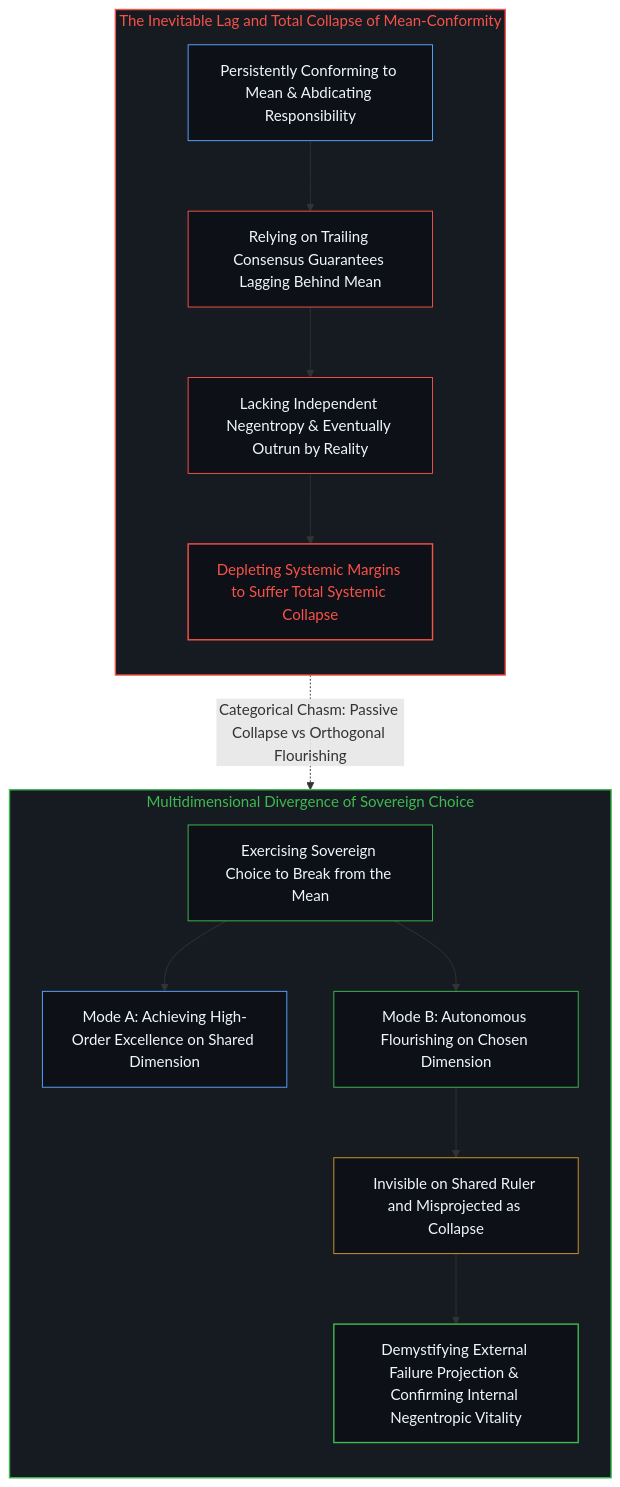
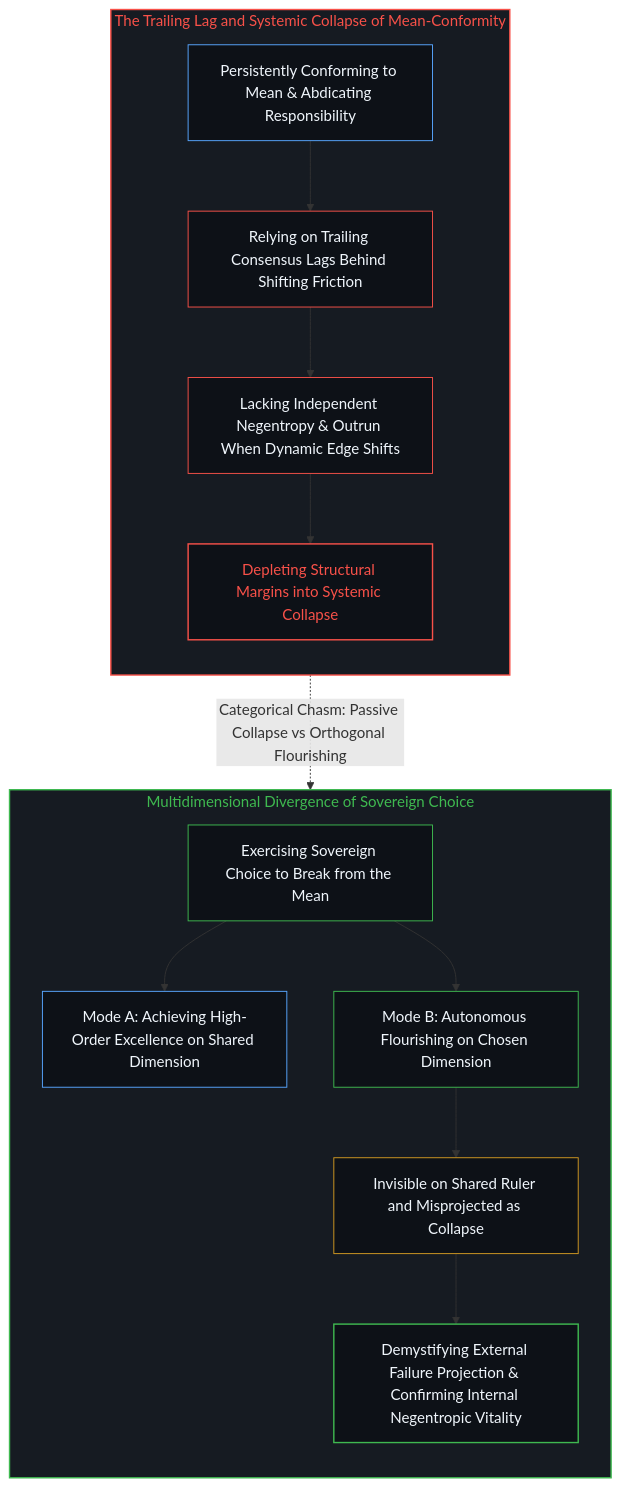
Before and after one commit to powerpig99/not-a-toe: the eighth of 10 diagrams in content/posts/the-explanatory-trap-of-the-ordinary-perspective.md, drawn with Mermaid. The commit also changed other lines of this file and 4 other files, not shown here.

````diff
--- a/content/posts/the-explanatory-trap-of-the-ordinary-perspective.md
+++ b/content/posts/the-explanatory-trap-of-the-ordinary-perspective.md
@@ -252,28 +248,28 @@
 ```mermaid
 flowchart TD
-    subgraph S_MeanConformity_EN ["The Inevitable Lag and Total Collapse of Mean-Conformity"]
+    subgraph S_MeanConformity_EN ["The Trailing Lag and Systemic Collapse of Mean-Conformity"]
         direction TB
-        CE_Conform["Persistently Conforming to Mean & Abdicating Responsibility"] --> CE_Lag["Relying on Trailing Consensus Guarantees Lagging Behind Mean"]
-        CE_Lag --> CE_Outrun["Lacking Independent Negentropy & Eventually Outrun by Reality"]
-        CE_Outrun --> CE_Collapse["Depleting Systemic Margins to Suffer Total Systemic Collapse"]
+        CE_Conform["Persistently Conforming to Mean & Abdicating Responsibility"] --> CE_Lag["Relying on Trailing Consensus Lags Behind Shifting Friction"]
+        CE_Lag --> CE_Outrun["Lacking Independent Negentropy & Outrun When Dynamic Edge Shifts"]
+        CE_Outrun --> CE_Collapse["Depleting Structural Margins into Systemic Collapse"]
     end
     subgraph S_SovereignBreak_EN ["Multidimensional Divergence of Sovereign Choice"]
         direction TB
         SE_Break["Exercising Sovereign Choice to Break from the Mean"] --> SE_Shared["Mode A: Achieving High-Order Excellence on Shared Dimension"]
         SE_Break --> SE_Orthogonal["Mode B: Autonomous Flourishing on Chosen Dimension"]
         SE_Orthogonal --> SE_Projection["Invisible on Shared Ruler and Misprojected as Collapse"]
         SE_Projection --> SE_Reality["Demystifying External Failure Projection & Confirming Internal Negentropic Vitality"]
     end
     CE_Collapse -.->|"Categorical Chasm: Passive Collapse vs Orthogonal Flourishing"| SE_Projection
     style S_MeanConformity_EN fill:#161b22,stroke:#f85149,stroke-width:1.5px,color:#f85149
     style S_SovereignBreak_EN fill:#161b22,stroke:#3fb950,stroke-width:1.5px,color:#3fb950
     style CE_Conform fill:#0d1117,stroke:#58a6ff,stroke-width:1px,color:#f0f6fc
     style CE_Lag fill:#0d1117,stroke:#f85149,stroke-width:1px,color:#f0f6fc
     style CE_Outrun fill:#0d1117,stroke:#f85149,stroke-width:1px,color:#f0f6fc
     style CE_Collapse fill:#0d1117,stroke:#f85149,stroke-width:1.5px,color:#f85149
     style SE_Break fill:#0d1117,stroke:#3fb950,stroke-width:1px,color:#f0f6fc
     style SE_Shared fill:#0d1117,stroke:#58a6ff,stroke-width:1px,color:#f0f6fc
     style SE_Orthogonal fill:#0d1117,stroke:#3fb950,stroke-width:1px,color:#f0f6fc
     style SE_Projection fill:#0d1117,stroke:#d29922,stroke-width:1px,color:#f0f6fc
     style SE_Reality fill:#0d1117,stroke:#3fb950,stroke-width:1.5px,color:#f0f6fc
 ```
````
